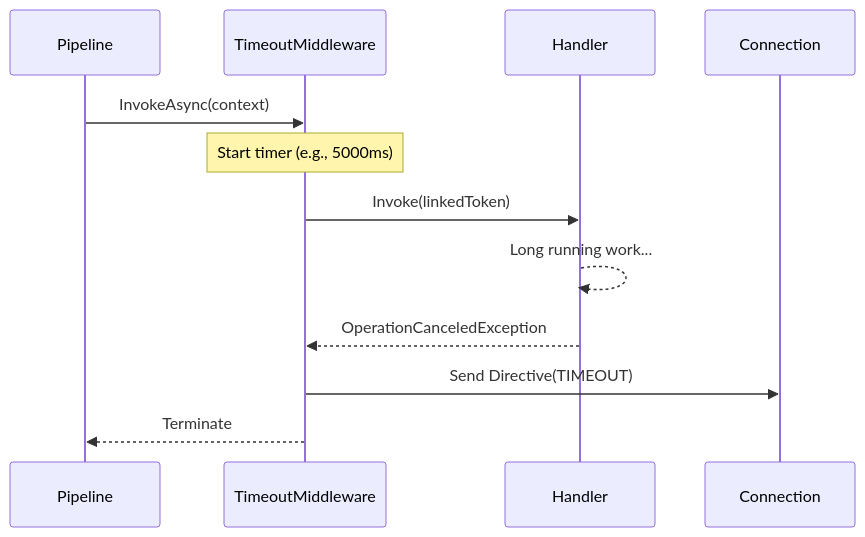
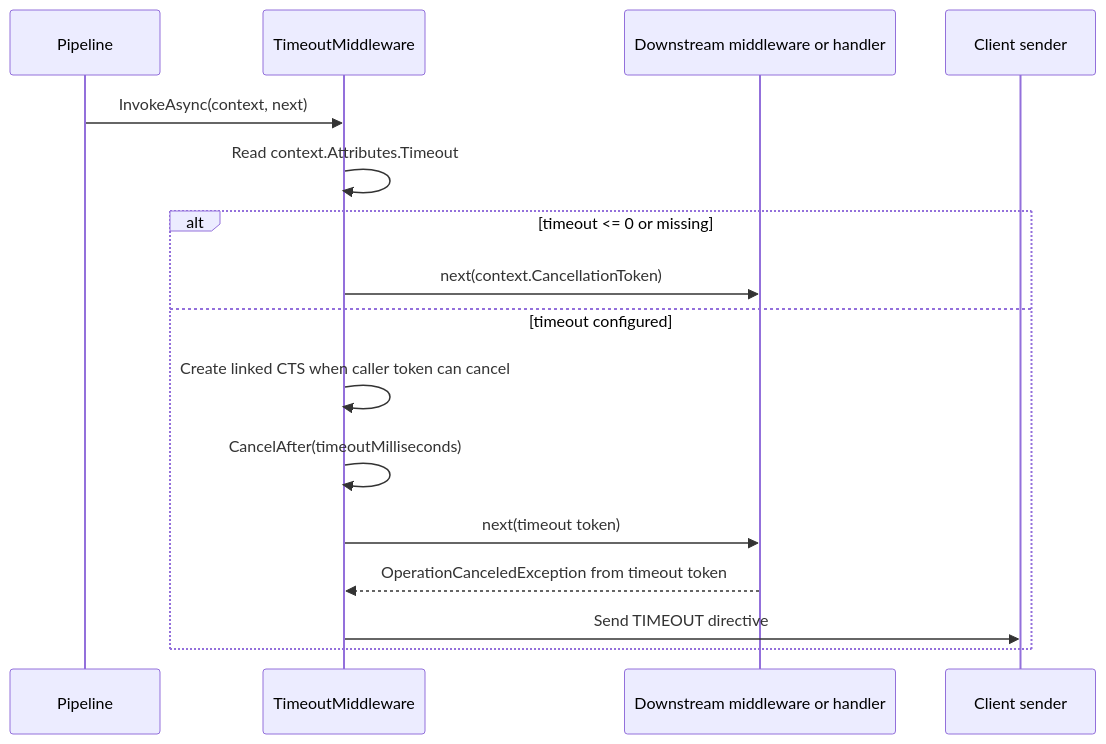
One commit to ppn-systems/Nalix changed the diagram in docs/api/runtime/middleware/timeout-middleware.md. Above: the diagram before and after it, drawn with Mermaid. The commit also changed other lines of this file and 114 other files, not shown here.

````diff
--- a/docs/api/runtime/middleware/timeout-middleware.md
+++ b/docs/api/runtime/middleware/timeout-middleware.md
@@ -7,17 +37,19 @@
 ```mermaid
 sequenceDiagram
     participant P as Pipeline
     participant M as TimeoutMiddleware
-    participant H as Handler
-    participant C as Connection
-    
-    P->>M: InvokeAsync(context)
-    Note over M: Start timer (e.g., 5000ms)
-    M->>H: Invoke(linkedToken)
-    
-    H-->>H: Long running work...
-    H-->>M: OperationCanceledException
-    
-    M->>C: Send Directive(TIMEOUT)
-    M-->>P: Terminate
+    participant H as Downstream middleware or handler
+    participant C as Client sender
+
+    P->>M: InvokeAsync(context, next)
+    M->>M: Read context.Attributes.Timeout
+    alt timeout <= 0 or missing
+        M->>H: next(context.CancellationToken)
+    else timeout configured
+        M->>M: Create linked CTS when caller token can cancel
+        M->>M: CancelAfter(timeoutMilliseconds)
+        M->>H: next(timeout token)
+        H-->>M: OperationCanceledException from timeout token
+        M->>C: Send TIMEOUT directive
+    end
 ```
````
